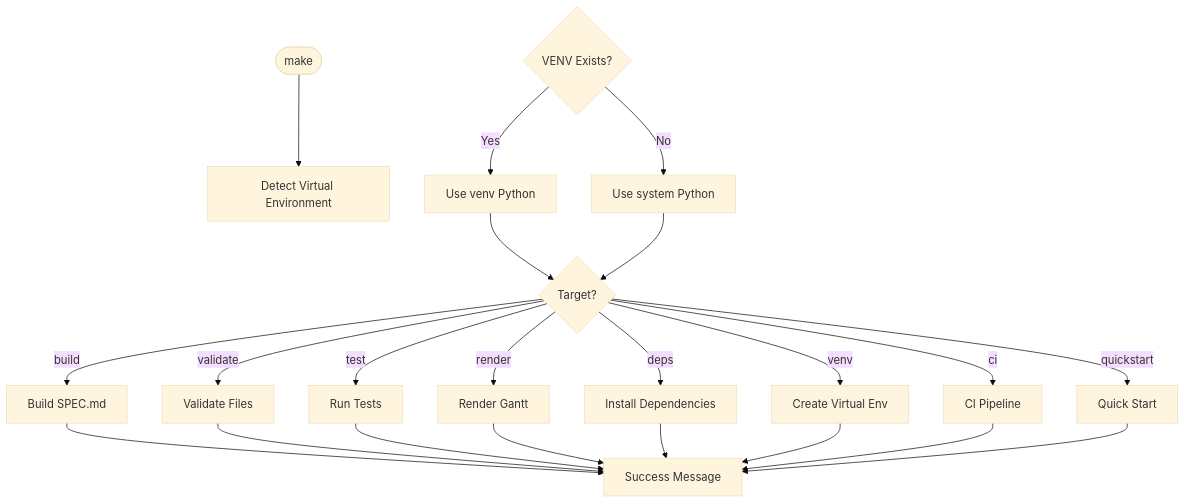
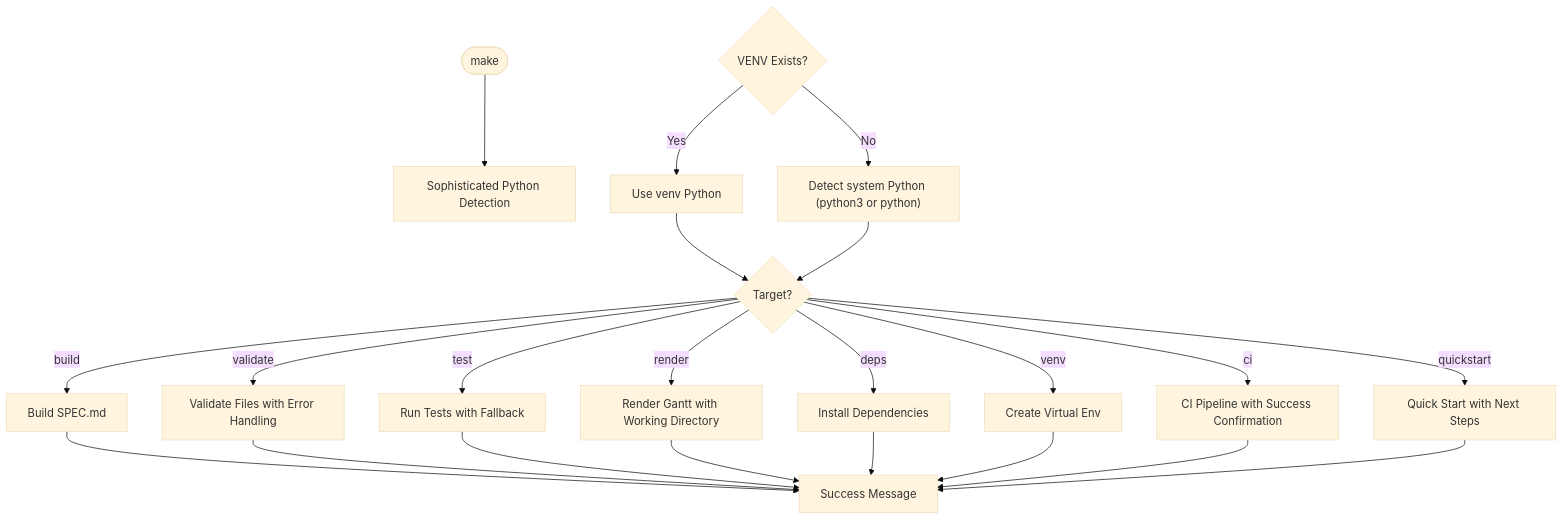
One commit to asukhodko/opskarta changed the third of 5 diagrams in .qoder/repowiki/en/content/Integration Guide/Workflow Automation.md. Above: the diagram before and after it, drawn with Mermaid (base theme). The commit also changed other lines of this file and 7 other files, not shown here.

````diff
--- a/.qoder/repowiki/en/content/Integration Guide/Workflow Automation.md
+++ b/.qoder/repowiki/en/content/Integration Guide/Workflow Automation.md
@@ -271,25 +273,25 @@
 ```mermaid
 flowchart TD
-MK_START(["make"]) --> VENV_DETECT["Detect Virtual Environment"]
+MK_START(["make"]) --> VENV_DETECT["Sophisticated Python Detection"]
 VENV_CHECK{"VENV Exists?"}
 VENV_CHECK --> |Yes| USE_VENV["Use venv Python"]
-VENV_CHECK --> |No| SYS_PYTHON["Use system Python"]
+VENV_CHECK --> |No| SYS_PYTHON["Detect system Python (python3 or python)"]
 USE_VENV --> TARGET{"Target?"}
 SYS_PYTHON --> TARGET
 TARGET --> |build| BUILD["Build SPEC.md"]
-TARGET --> |validate| VALIDATE["Validate Files"]
-TARGET --> |test| TEST_RUN["Run Tests"]
-TARGET --> |render| RENDER["Render Gantt"]
+TARGET --> |validate| VALIDATE["Validate Files with Error Handling"]
+TARGET --> |test| TEST_RUN["Run Tests with Fallback"]
+TARGET --> |render| RENDER["Render Gantt with Working Directory"]
 TARGET --> |deps| DEPS["Install Dependencies"]
 TARGET --> |venv| VENV["Create Virtual Env"]
-TARGET --> |ci| CI["CI Pipeline"]
-TARGET --> |quickstart| QUICK["Quick Start"]
+TARGET --> |ci| CI["CI Pipeline with Success Confirmation"]
+TARGET --> |quickstart| QUICK["Quick Start with Next Steps"]
 BUILD --> SUCCESS["Success Message"]
 VALIDATE --> SUCCESS
 TEST_RUN --> SUCCESS
 RENDER --> SUCCESS
 DEPS --> SUCCESS
 VENV --> SUCCESS
 CI --> SUCCESS
 QUICK --> SUCCESS
 ```
````
